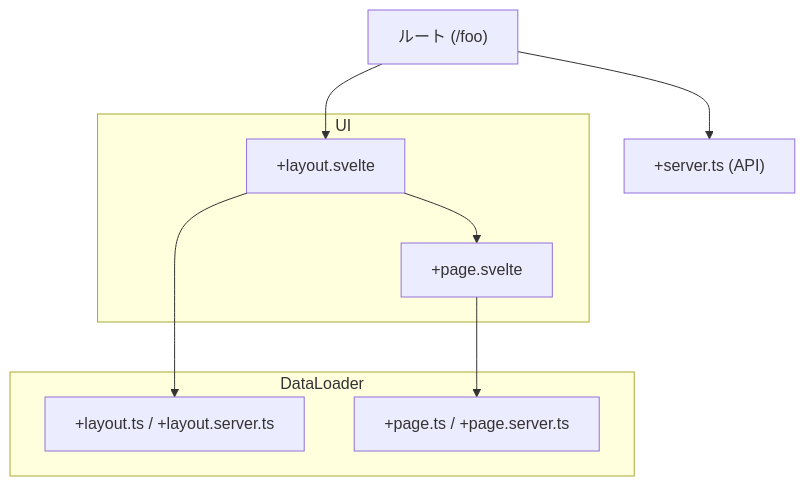
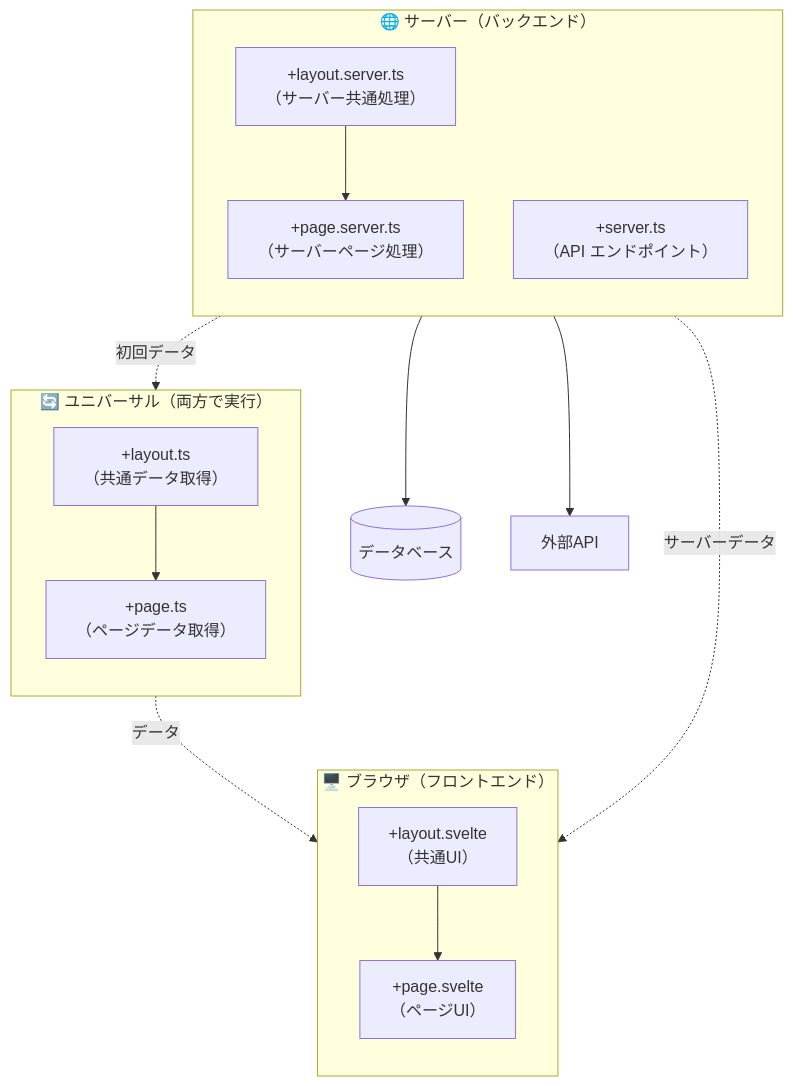
Before and after one commit to shuji-bonji/Notes-on-Svelte: the first of 3 diagrams in sveltekit/files-based-on-routing-conventions.md, drawn with Mermaid. The commit also changed other lines of this file and 3 other files, not shown here.

````diff
--- a/sveltekit/files-based-on-routing-conventions.md
+++ b/sveltekit/files-based-on-routing-conventions.md
@@ -45,20 +59,36 @@
 ```mermaid
-graph TD
-  route["ルート (/foo)"]
-  subgraph UI
-    layoutSvelte[+layout.svelte]
-    pageSvelte[+page.svelte]
+graph TB
+  subgraph Browser["🖥️ ブラウザ（フロントエンド）"]
+    direction TB
+    layoutSvelte["+layout.svelte<br/>（共通UI）"]
+    pageSvelte["+page.svelte<br/>（ページUI）"]
+    layoutSvelte --> pageSvelte
   end
-  subgraph DataLoader
-    layoutTS[+layout.ts / +layout.server.ts]
-    pageTS[+page.ts / +page.server.ts]
+  
+  subgraph Universal["🔄 ユニバーサル（両方で実行）"]
+    direction TB
+    layoutTS["+layout.ts<br/>（共通データ取得）"]
+    pageTS["+page.ts<br/>（ページデータ取得）"]
+    layoutTS --> pageTS
   end
-  api["+server.ts (API)"]
-
-  route --> layoutSvelte
-  layoutSvelte --> layoutTS
-  layoutSvelte --> pageSvelte
-  pageSvelte --> pageTS
-
-  route --> api
+  
+  subgraph Server["🌐 サーバー（バックエンド）"]
+    direction TB
+    layoutServer["+layout.server.ts<br/>（サーバー共通処理）"]
+    pageServer["+page.server.ts<br/>（サーバーページ処理）"]
+    api["+server.ts<br/>（API エンドポイント）"]
+    layoutServer --> pageServer
+  end
+  
+  %% データフロー
+  Universal -.->|データ| Browser
+  Server -.->|サーバーデータ| Browser
+  Server -.->|初回データ| Universal
+  
+  %% 外部接続
+  DB[(データベース)]
+  API_External[外部API]
+  
+  Server --> DB
+  Server --> API_External
 ```
````
